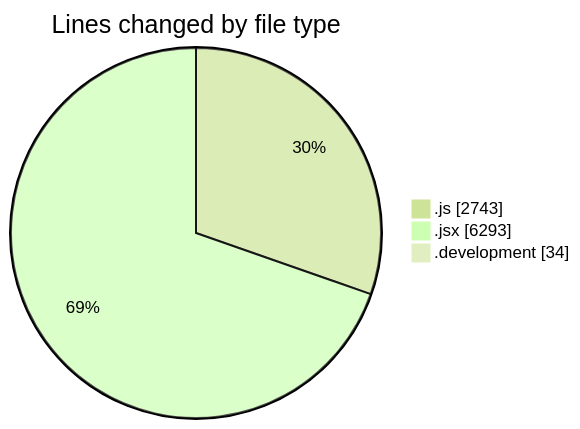
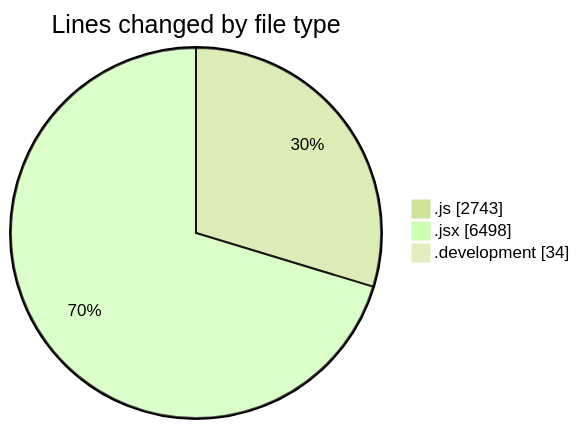
One commit to nxtqubesakshisongat/code-tracking changed the first of 2 diagrams in 2025-09-18/nxtqube_webapp/README.md. Above: the diagram before and after it, drawn with Mermaid (forest theme). The commit also changed other lines of this file and 1 other file, not shown here.

````diff
--- a/2025-09-18/nxtqube_webapp/README.md
+++ b/2025-09-18/nxtqube_webapp/README.md
@@ -41,7 +42,7 @@
 ```mermaid
 pie showData
 title Lines changed by file type
 ".js" : 2743
-".jsx" : 6293
+".jsx" : 6498
 ".development" : 34
 ```
````
